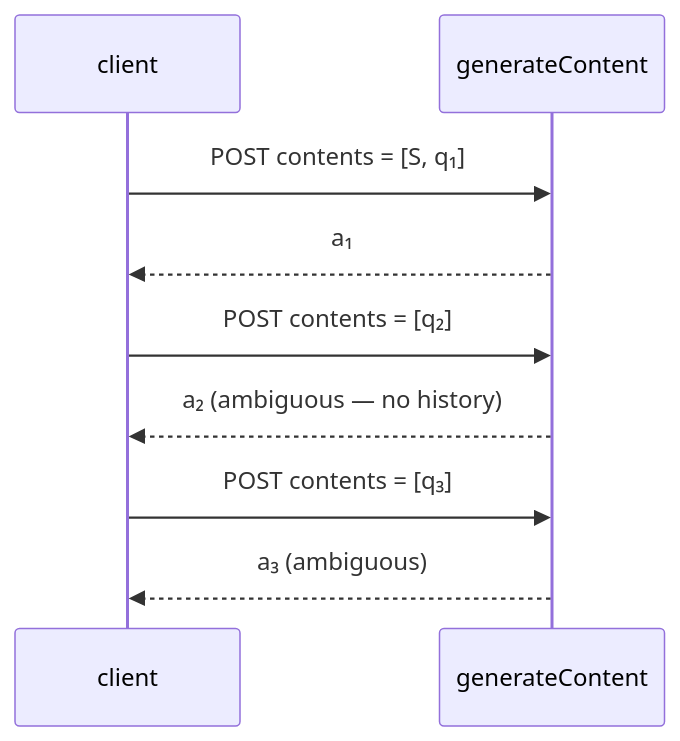
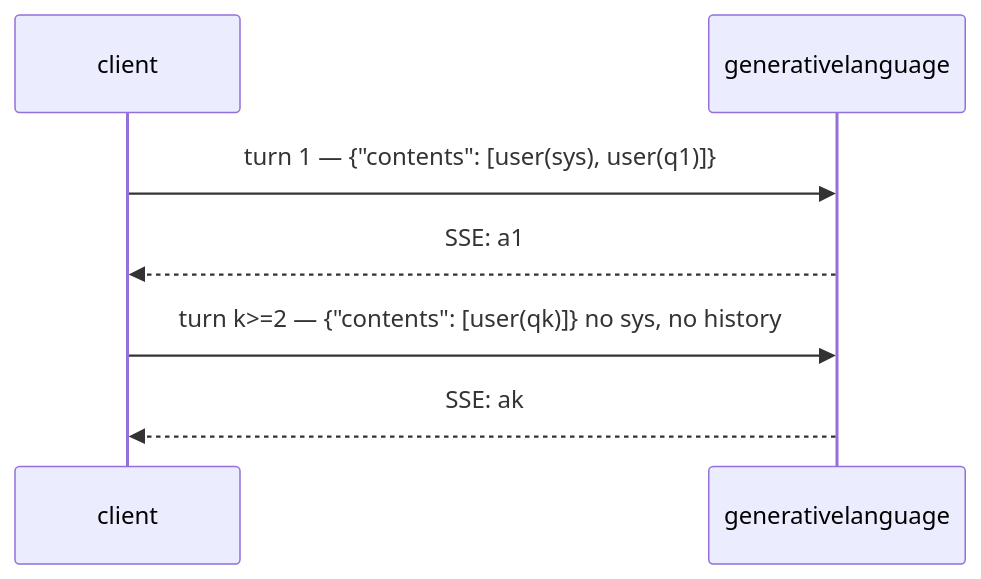
Before and after one commit to sangrokhan/remote_work: the fourth of 9 diagrams in gemini_token_test/docs/call-flow.md, drawn with Mermaid. The commit also changed other lines of this file and 6 other files, not shown here.

````diff
--- a/gemini_token_test/docs/call-flow.md
+++ b/gemini_token_test/docs/call-flow.md
@@ -95,11 +164,9 @@
 ```mermaid
 sequenceDiagram
-  participant C as client
-  participant V as generateContent
-  C->>V: POST contents = [S, q₁]
-  V-->>C: a₁
-  C->>V: POST contents = [q₂]
-  V-->>C: a₂ (ambiguous — no history)
-  C->>V: POST contents = [q₃]
-  V-->>C: a₃ (ambiguous)
+    participant C as client
+    participant G as generativelanguage
+    C->>G: turn 1 — {"contents": [user(sys), user(q1)]}
+    G-->>C: SSE: a1
+    C->>G: turn k>=2 — {"contents": [user(qk)]}   no sys, no history
+    G-->>C: SSE: ak
 ```
````
